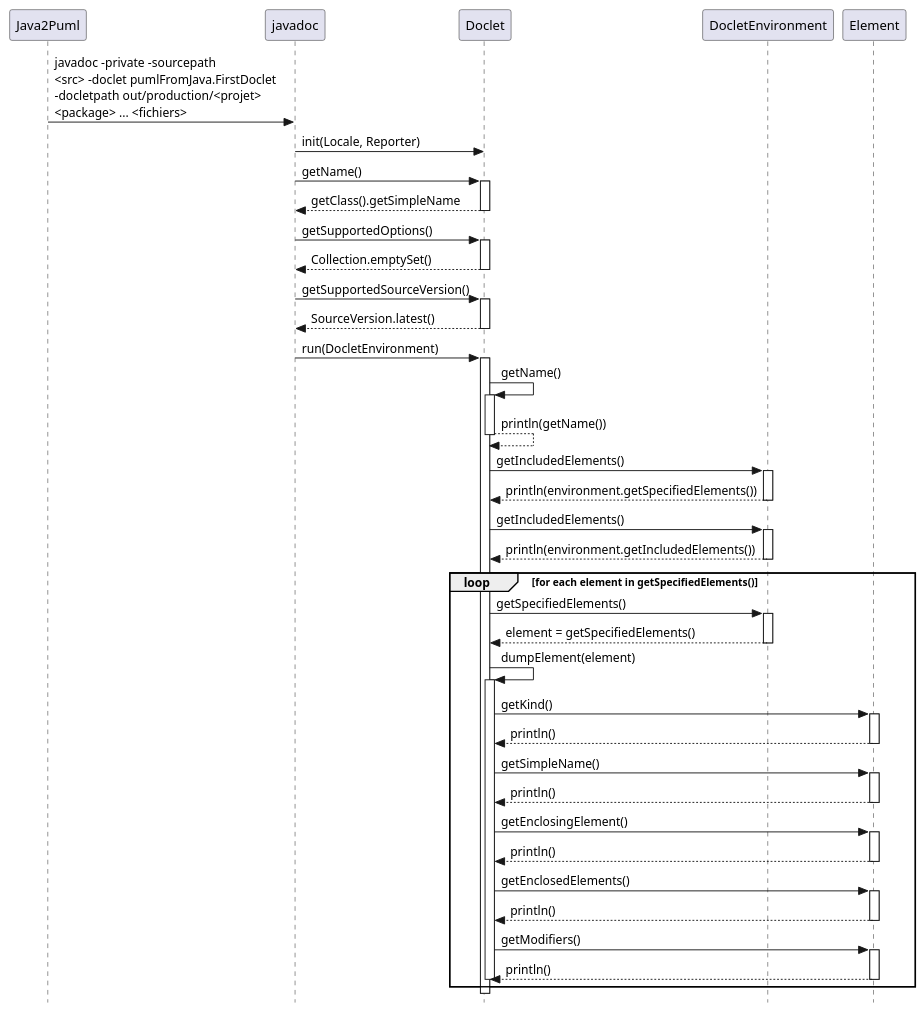
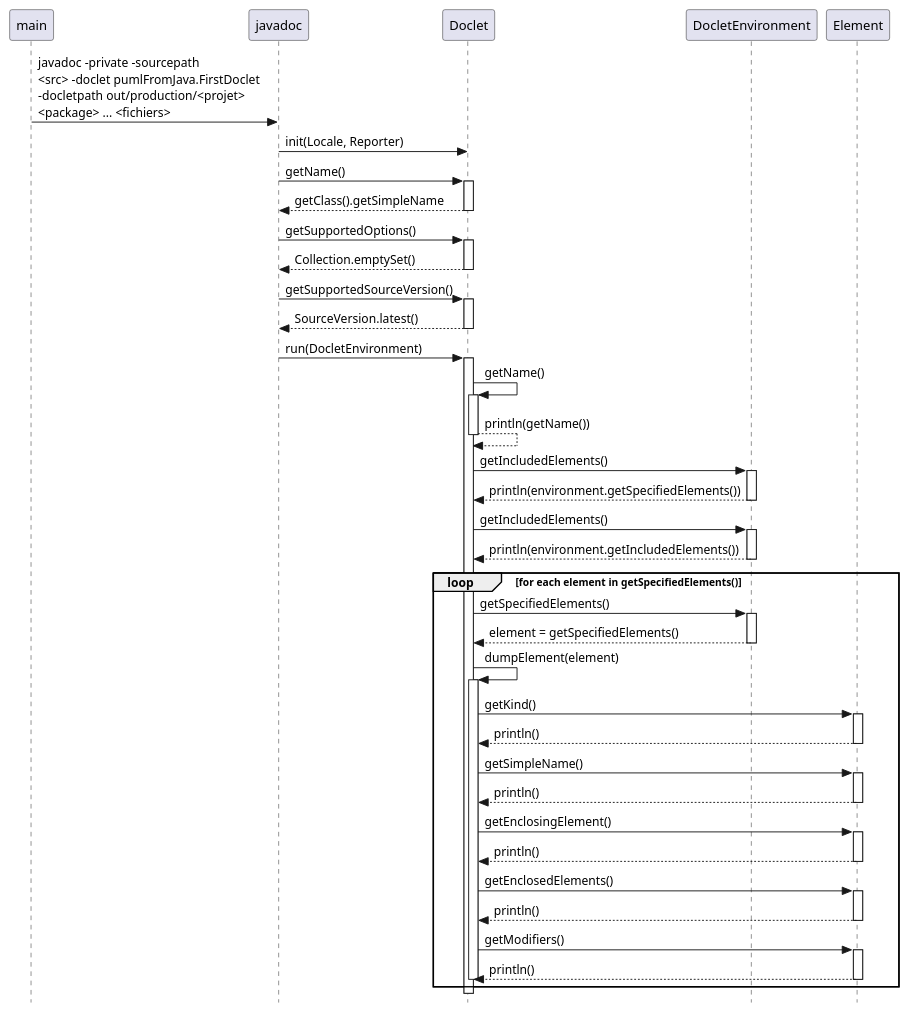
Before and after one commit to Spidermatou/GeneratorUMLFromJava: the diagram in uml/DS.puml, drawn with PlantUML. The commit also changed 4 other files, not shown here.

```diff
--- a/uml/DS.puml
+++ b/uml/DS.puml
@@ -1,44 +1,44 @@
 @startuml
 'https://plantuml.com/sequence-diagram
 
 skinparam style strictuml
 hide footbox
 
 
-Java2Puml -> javadoc: javadoc -private -sourcepath \n<src> -doclet pumlFromJava.FirstDoclet \n-docletpath out/production/<projet> \n<package> ... <fichiers>
+main -> javadoc: javadoc -private -sourcepath \n<src> -doclet pumlFromJava.FirstDoclet \n-docletpath out/production/<projet> \n<package> ... <fichiers>
 javadoc -> Doclet: init(Locale, Reporter)
 javadoc -> Doclet ++: getName()
 return getClass().getSimpleName
 
 javadoc -> Doclet++: getSupportedOptions()
 return Collection.emptySet()
 
 javadoc -> Doclet++: getSupportedSourceVersion()
 return SourceVersion.latest()
 
 javadoc -> Doclet++: run(DocletEnvironment)
 
     Doclet -> Doclet++ :getName()
     return println(getName())
     Doclet -> DocletEnvironment++ : getIncludedElements()
     return println(environment.getSpecifiedElements())
     Doclet -> DocletEnvironment ++: getIncludedElements()
     return println(environment.getIncludedElements())
     loop for each element in getSpecifiedElements()
         Doclet -> DocletEnvironment ++: getSpecifiedElements()
         return element = getSpecifiedElements()
         Doclet -> Doclet++: dumpElement(element)
             Doclet -> Element++: getKind()
             return println()
             Doclet -> Element++: getSimpleName()
             return println()
             Doclet -> Element++: getEnclosingElement()
             return println()
             Doclet -> Element++: getEnclosedElements()
             return println()
             Doclet -> Element++: getModifiers()
             return println()
         Doclet --
     end
 Doclet --
 @enduml
```
